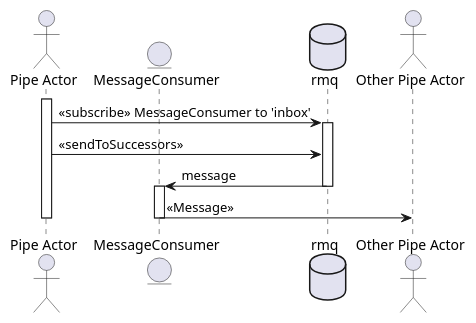
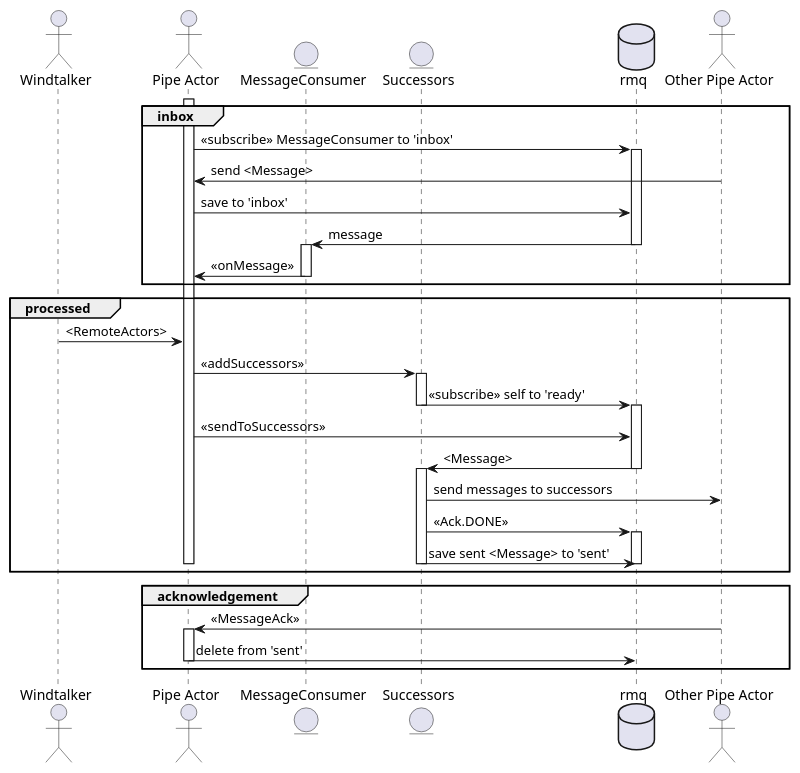
One commit to orctom/pipeline changed the diagram in seq-connecting.puml. Above: the diagram before and after it, drawn with PlantUML. The commit also changed 8 other files, not shown here.

```diff
--- a/seq-connecting.puml
+++ b/seq-connecting.puml
@@ -1,20 +1,52 @@
 @startuml
+actor Windtalker
 actor "Pipe Actor"
 entity MessageConsumer
+entity Successors
 database rmq
 actor "Other Pipe Actor"
 
-activate "Pipe Actor"
-"Pipe Actor" -> rmq: <<subscribe>> MessageConsumer to 'inbox'
-activate rmq
+group inbox
+  activate "Pipe Actor"
+  "Pipe Actor" -> rmq: <<subscribe>> MessageConsumer to 'inbox'
+  activate rmq
 
+  "Other Pipe Actor" -> "Pipe Actor": send <Message>
+  "Pipe Actor" -> rmq: save to 'inbox'
 
-"Pipe Actor" -> rmq: <<sendToSuccessors>>
-rmq -> MessageConsumer: message
-deactivate rmq
-activate MessageConsumer
-MessageConsumer -> "Other Pipe Actor": <<Message>>
-deactivate MessageConsumer
+  rmq -> MessageConsumer: message
+  deactivate rmq
+  activate MessageConsumer
+  MessageConsumer -> "Pipe Actor": <<onMessage>>
+  deactivate MessageConsumer
+end
 
-deactivate "Pipe Actor"
+group processed
+  Windtalker -> "Pipe Actor": <RemoteActors>
+  "Pipe Actor" -> Successors: <<addSuccessors>>
+  activate Successors
+  Successors -> rmq: <<subscribe>> self to 'ready'
+  deactivate Successors
+  activate rmq
+  deactivate rmq
+
+  "Pipe Actor" -> rmq: <<sendToSuccessors>>
+  rmq -> Successors: <Message>
+  deactivate rmq
+  activate Successors
+  Successors -> "Other Pipe Actor": send messages to successors
+  Successors -> rmq: <<Ack.DONE>>
+  activate rmq
+  Successors -> rmq: save sent <Message> to 'sent'
+  deactivate rmq
+  deactivate Successors
+  deactivate "Pipe Actor"
+end
+
+group acknowledgement
+  "Other Pipe Actor" -> "Pipe Actor": <<MessageAck>>
+  activate "Pipe Actor"
+  "Pipe Actor" -> rmq: delete from 'sent'
+  deactivate "Pipe Actor"
+end
 @enduml
```
